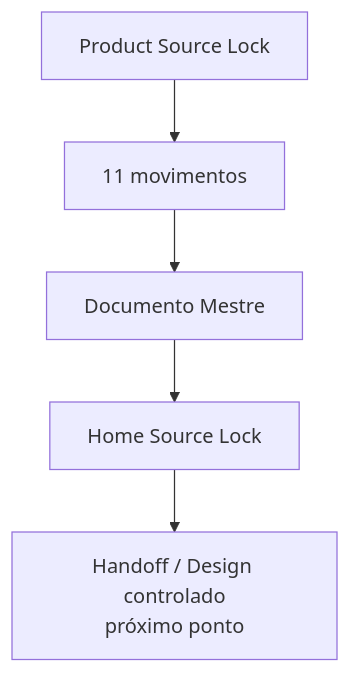
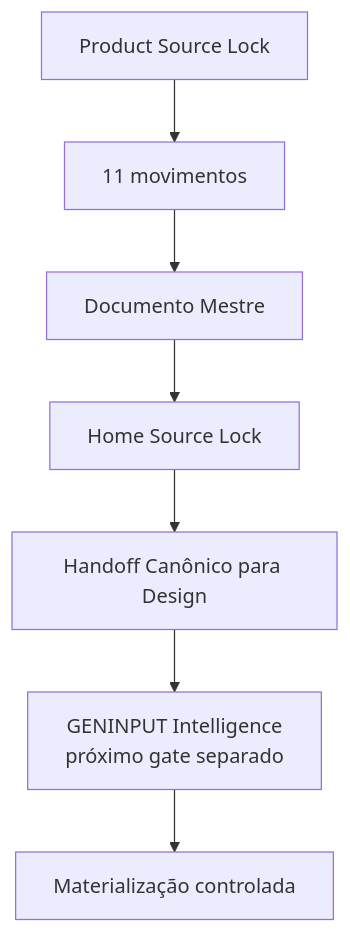
Before and after one commit to guivos-repositorio/Guivos-Knowledge-Repository: the diagram in docs/project/intelligence-home-continuity-checkpoint-2026-08-19.md, drawn with Mermaid. The commit also changed other lines of this file and 1 other file, not shown here.

Commit message:
GKR: ativar Handoff de Design da Home Intelligence v1

````diff
--- a/docs/project/intelligence-home-continuity-checkpoint-2026-08-19.md
+++ b/docs/project/intelligence-home-continuity-checkpoint-2026-08-19.md
@@ -256,7 +310,9 @@
 ```mermaid
 flowchart TD
     A[Product Source Lock] --> B[11 movimentos]
     B --> C[Documento Mestre]
     C --> D[Home Source Lock]
-    D --> E[Handoff / Design controlado\npróximo ponto]
+    D --> E[Handoff Canônico para Design]
+    E --> F[GENINPUT Intelligence\npróximo gate separado]
+    F --> G[Materialização controlada]
 ```
````
